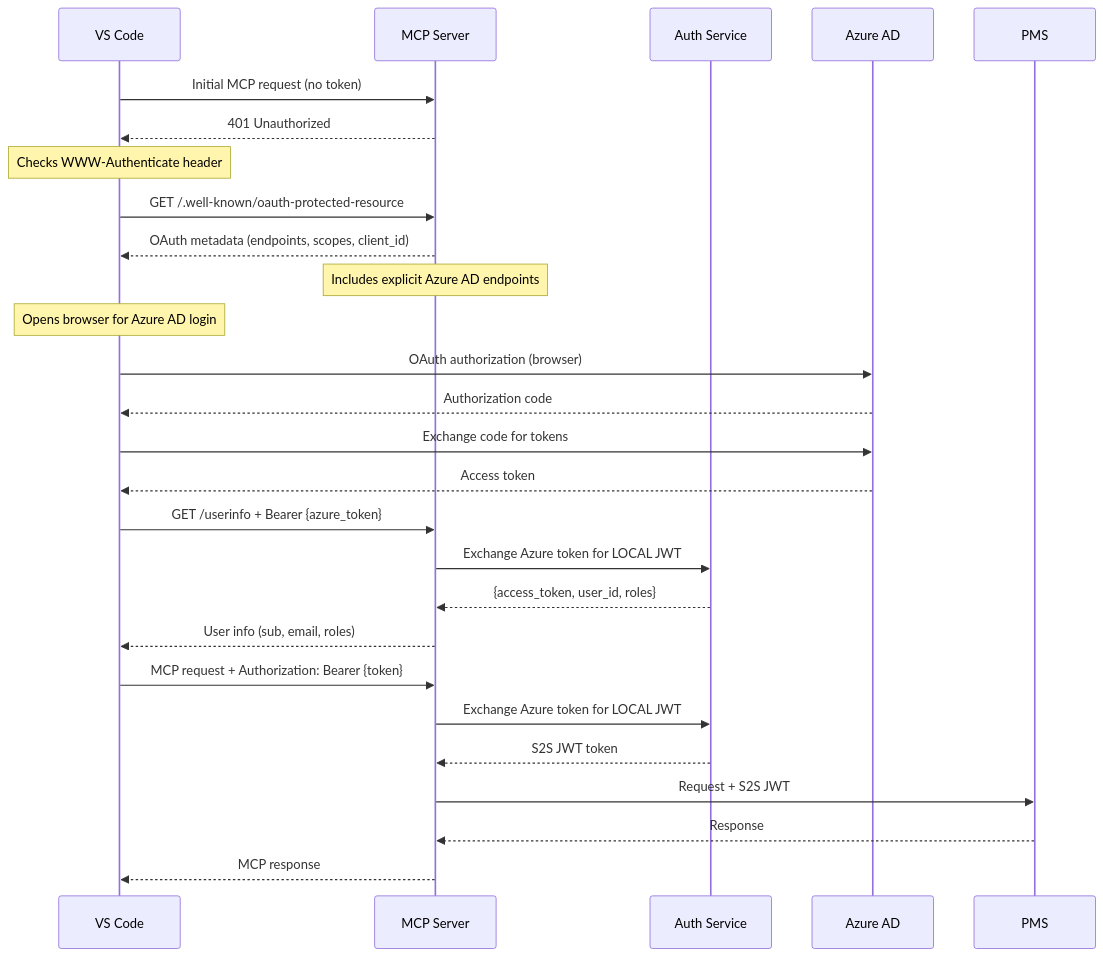
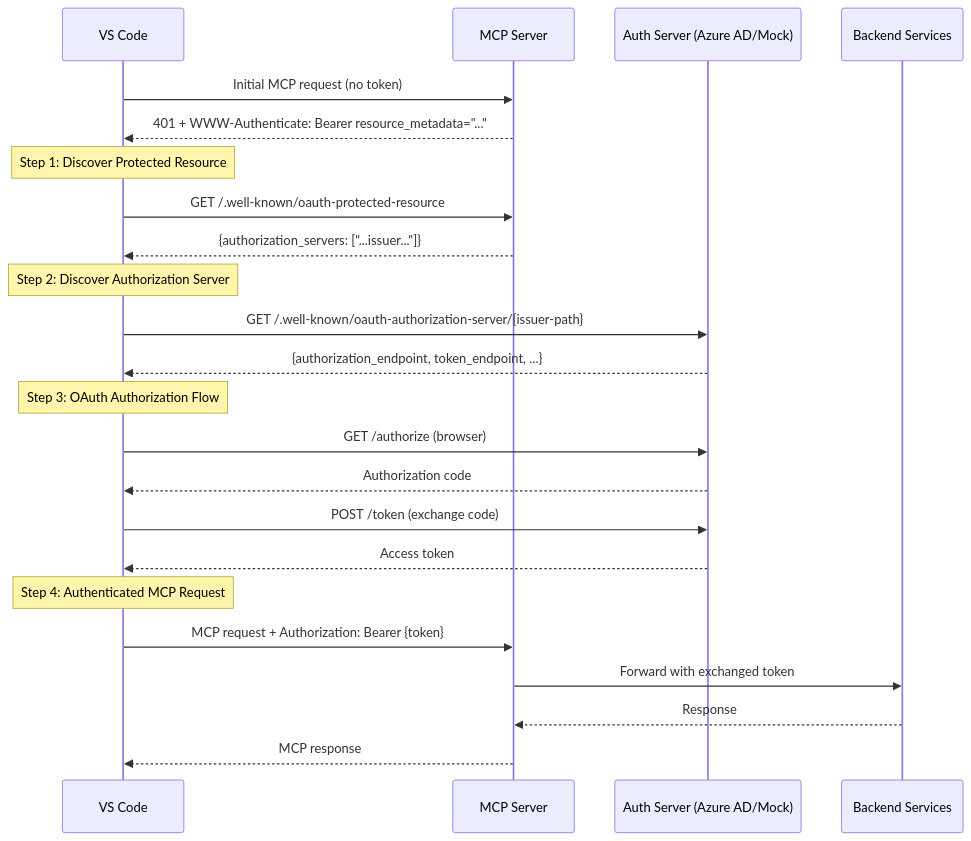
The second of 4 diagrams in git-epic-creator/services/neo4j_retrieval_mcp_server/README.md (vladavilov/playground), drawn with Mermaid before and after one commit. The commit also changed other lines of this file and 4 other files, not shown here.

````diff
--- a/git-epic-creator/services/neo4j_retrieval_mcp_server/README.md
+++ b/git-epic-creator/services/neo4j_retrieval_mcp_server/README.md
@@ -35,33 +35,30 @@
 ```mermaid
 sequenceDiagram
     participant VSCode as VS Code
     participant MCP as MCP Server
-    participant Auth as Auth Service
-    participant Azure as Azure AD
+    participant AuthSvc as Auth Server (Azure AD/Mock)
+    participant Backend as Backend Services
 
     VSCode->>MCP: Initial MCP request (no token)
-    MCP-->>VSCode: 401 Unauthorized
-    Note over VSCode: Checks WWW-Authenticate header
+    MCP-->>VSCode: 401 + WWW-Authenticate: Bearer resource_metadata="..."
     
+    Note over VSCode: Step 1: Discover Protected Resource
     VSCode->>MCP: GET /.well-known/oauth-protected-resource
-    MCP-->>VSCode: OAuth metadata (endpoints, scopes, client_id)
-    Note over MCP: Includes explicit Azure AD endpoints
+    MCP-->>VSCode: {authorization_servers: ["...issuer..."]}
     
-    Note over VSCode: Opens browser for Azure AD login
-    VSCode->>Azure: OAuth authorization (browser)
-    Azure-->>VSCode: Authorization code
-    VSCode->>Azure: Exchange code for tokens
-    Azure-->>VSCode: Access token
+    Note over VSCode: Step 2: Discover Authorization Server
+    VSCode->>AuthSvc: GET /.well-known/oauth-authorization-server/{issuer-path}
+    AuthSvc-->>VSCode: {authorization_endpoint, token_endpoint, ...}
     
-    VSCode->>MCP: GET /userinfo + Bearer {azure_token}
-    MCP->>Auth: Exchange Azure token for LOCAL JWT
-    Auth-->>MCP: {access_token, user_id, roles}
-    MCP-->>VSCode: User info (sub, email, roles)
+    Note over VSCode: Step 3: OAuth Authorization Flow
+    VSCode->>AuthSvc: GET /authorize (browser)
+    AuthSvc-->>VSCode: Authorization code
+    VSCode->>AuthSvc: POST /token (exchange code)
+    AuthSvc-->>VSCode: Access token
     
+    Note over VSCode: Step 4: Authenticated MCP Request
     VSCode->>MCP: MCP request + Authorization: Bearer {token}
-    MCP->>Auth: Exchange Azure token for LOCAL JWT
-    Auth-->>MCP: S2S JWT token
-    MCP->>PMS: Request + S2S JWT
-    PMS-->>MCP: Response
+    MCP->>Backend: Forward with exchanged token
+    Backend-->>MCP: Response
     MCP-->>VSCode: MCP response
 ```
````
